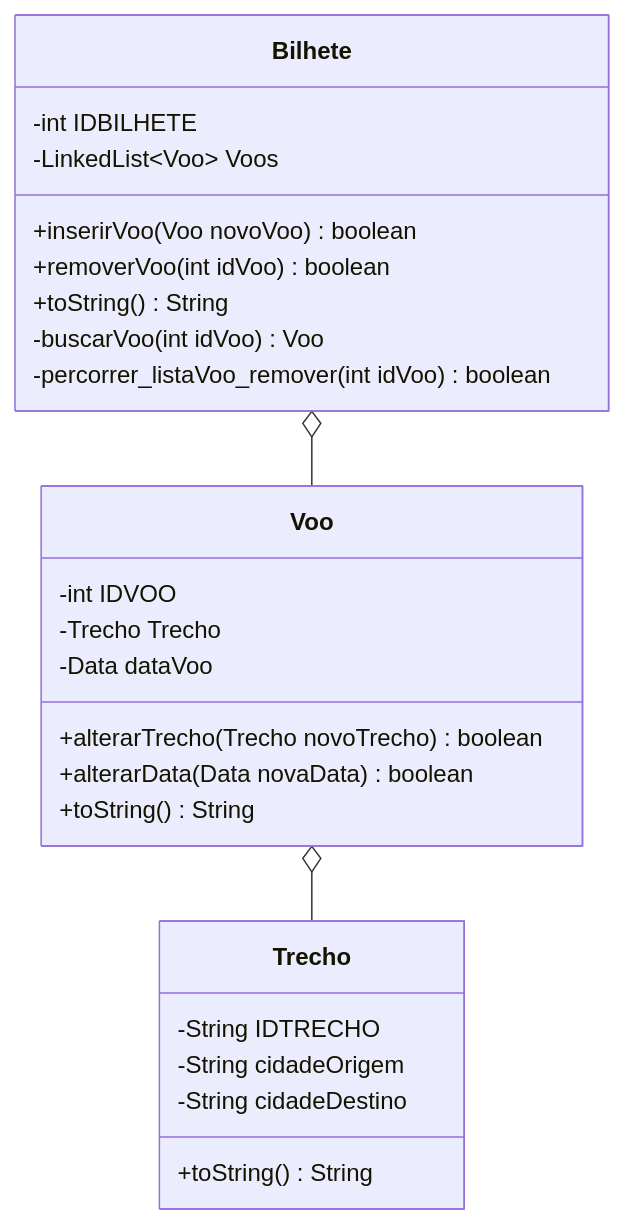
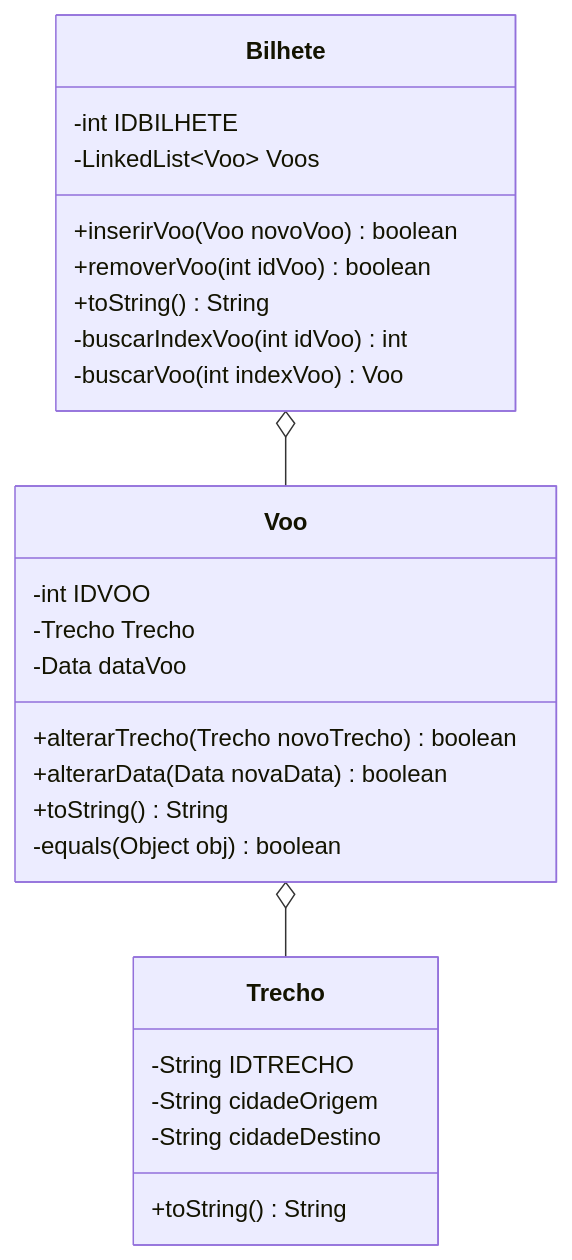
Before and after one commit to DisciplinasProgramacao/tp_em_grupo-grupododiogo: the diagram in README.md, drawn with Mermaid.

Commit message:
correcao diagrama

````diff
--- a/README.md
+++ b/README.md
@@ -78,32 +78,33 @@
 ```mermaid
 classDiagram
 class Bilhete {
  -int IDBILHETE
  -LinkedList~Voo~ Voos
  +inserirVoo(Voo novoVoo) boolean
  +removerVoo(int idVoo) boolean
  +toString() String
- -buscarVoo(int idVoo) Voo
- -percorrer_listaVoo_remover(int idVoo) boolean
+ -buscarIndexVoo(int idVoo) int
+ -buscarVoo(int indexVoo) Voo
 }
 
 class Voo {
  -int IDVOO
  -Trecho Trecho
  -Data dataVoo
  +alterarTrecho(Trecho novoTrecho) boolean
  +alterarData(Data novaData) boolean
  +toString() String
+ -equals(Object obj) boolean
 }
 
 class Trecho {
  -String IDTRECHO
  -String cidadeOrigem
  -String cidadeDestino
  +toString() String
 }
 
 Bilhete o-- Voo
 Voo o-- Trecho
 end
 ```
````
